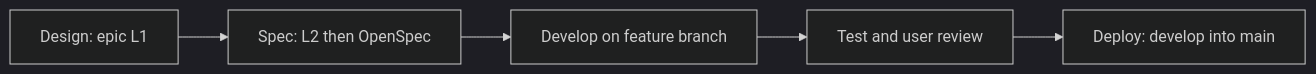
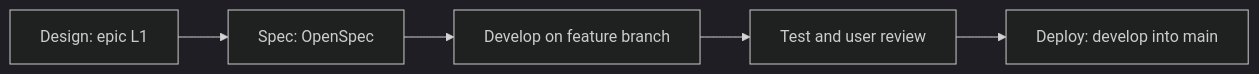
Before and after one commit to AdamAntinoo/neocom-meta: the first of 5 diagrams in PROGRAMME.md, drawn with Mermaid (dark theme). The commit also changed other lines of this file and 261 other files, not shown here.

````diff
--- a/PROGRAMME.md
+++ b/PROGRAMME.md
@@ -126,7 +123,7 @@
 ```mermaid
 flowchart LR
-  design[Design: epic L1] --> spec[Spec: L2 then OpenSpec]
+  design[Design: epic L1] --> spec[Spec: OpenSpec]
   spec --> develop[Develop on feature branch]
   develop --> test[Test and user review]
   test --> deploy[Deploy: develop into main]
 ```
````
